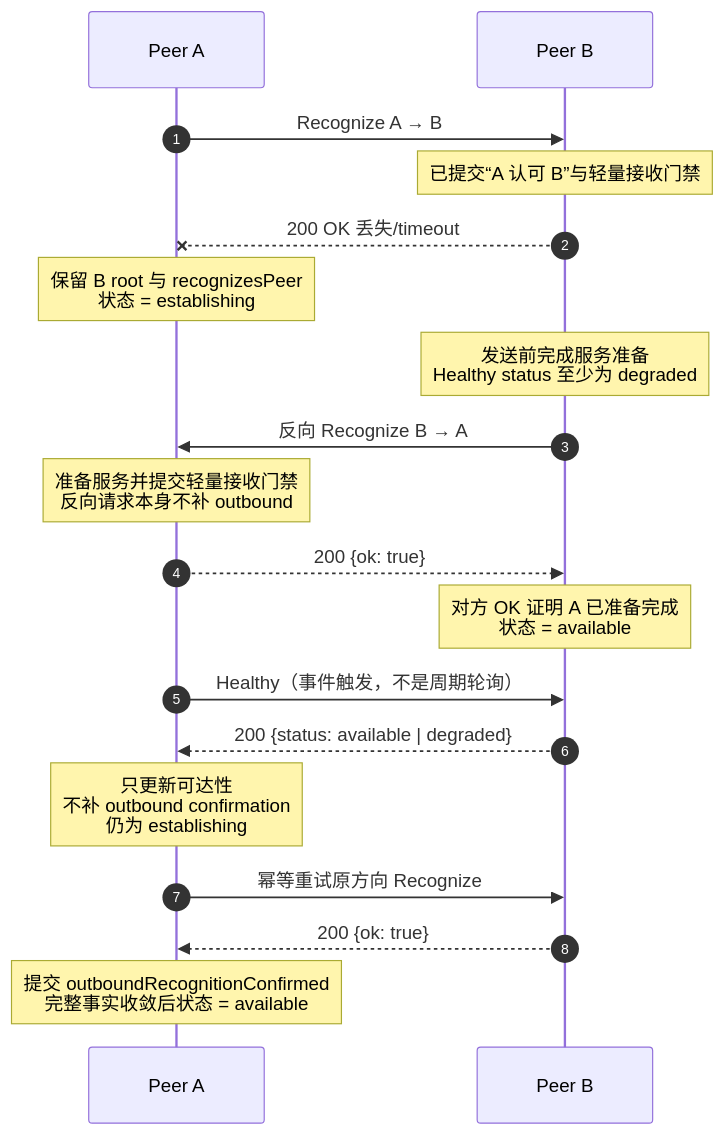
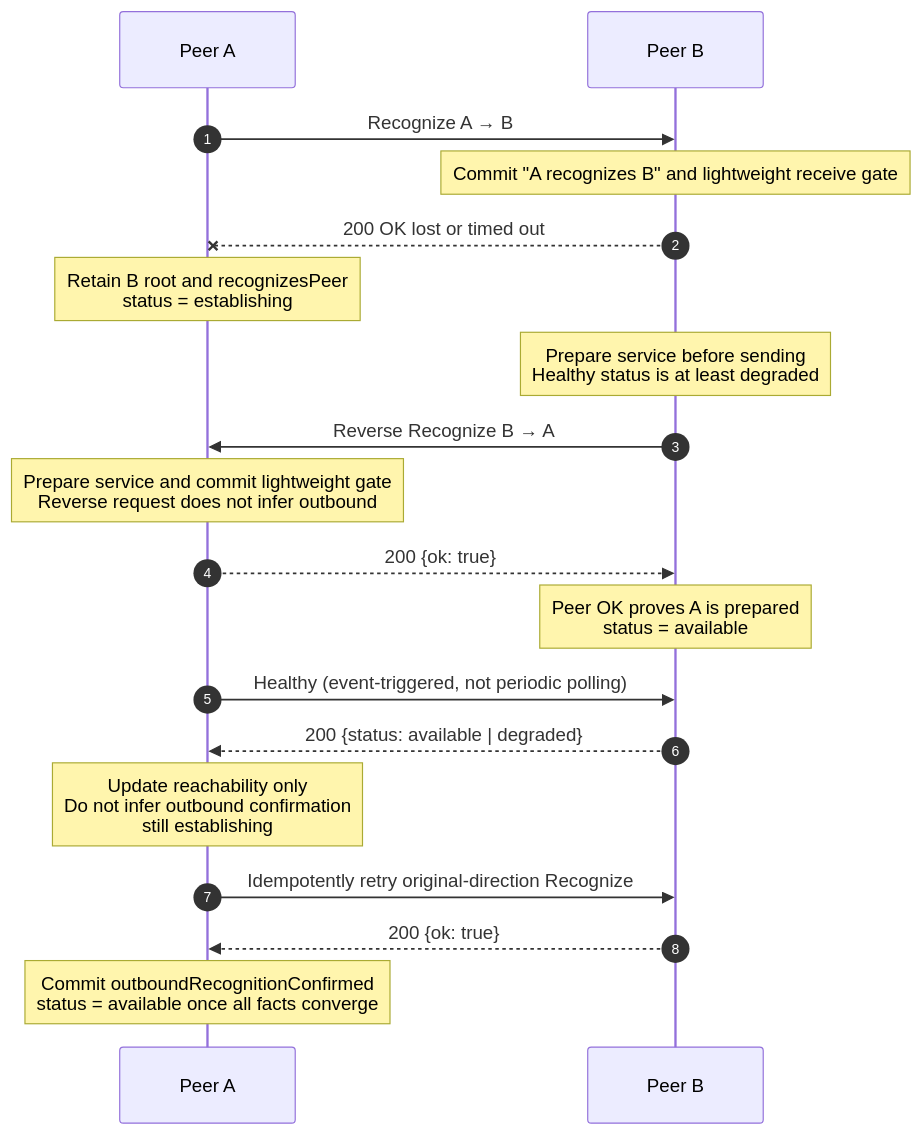
The third of 3 diagrams in spec/v1/recognition.md (hapood/simple-open-messaging-service), drawn with Mermaid before and after one commit. The commit also changed other lines of this file and 25 other files, not shown here.

````diff
--- a/spec/v1/recognition.md
+++ b/spec/v1/recognition.md
@@ -354,25 +289,25 @@
 ```mermaid
 sequenceDiagram
     autonumber
     participant A as Peer A
     participant B as Peer B
 
     A->>B: Recognize A → B
-    Note over B: 已提交“A 认可 B”与轻量接收门禁
-    B--xA: 200 OK 丢失/timeout
-    Note over A: 保留 B root 与 recognizesPeer<br/>状态 = establishing
+    Note over B: Commit "A recognizes B" and lightweight receive gate
+    B--xA: 200 OK lost or timed out
+    Note over A: Retain B root and recognizesPeer<br/>status = establishing
 
-    Note over B: 发送前完成服务准备<br/>Healthy status 至少为 degraded
-    B->>A: 反向 Recognize B → A
-    Note over A: 准备服务并提交轻量接收门禁<br/>反向请求本身不补 outbound
+    Note over B: Prepare service before sending<br/>Healthy status is at least degraded
+    B->>A: Reverse Recognize B → A
+    Note over A: Prepare service and commit lightweight gate<br/>Reverse request does not infer outbound
     A-->>B: 200 {ok: true}
-    Note over B: 对方 OK 证明 A 已准备完成<br/>状态 = available
+    Note over B: Peer OK proves A is prepared<br/>status = available
 
-    A->>B: Healthy（事件触发，不是周期轮询）
+    A->>B: Healthy (event-triggered, not periodic polling)
     B-->>A: 200 {status: available | degraded}
-    Note over A: 只更新可达性<br/>不补 outbound confirmation<br/>仍为 establishing
+    Note over A: Update reachability only<br/>Do not infer outbound confirmation<br/>still establishing
 
-    A->>B: 幂等重试原方向 Recognize
+    A->>B: Idempotently retry original-direction Recognize
     B-->>A: 200 {ok: true}
-    Note over A: 提交 outboundRecognitionConfirmed<br/>完整事实收敛后状态 = available
+    Note over A: Commit outboundRecognitionConfirmed<br/>status = available once all facts converge
 ```
````
